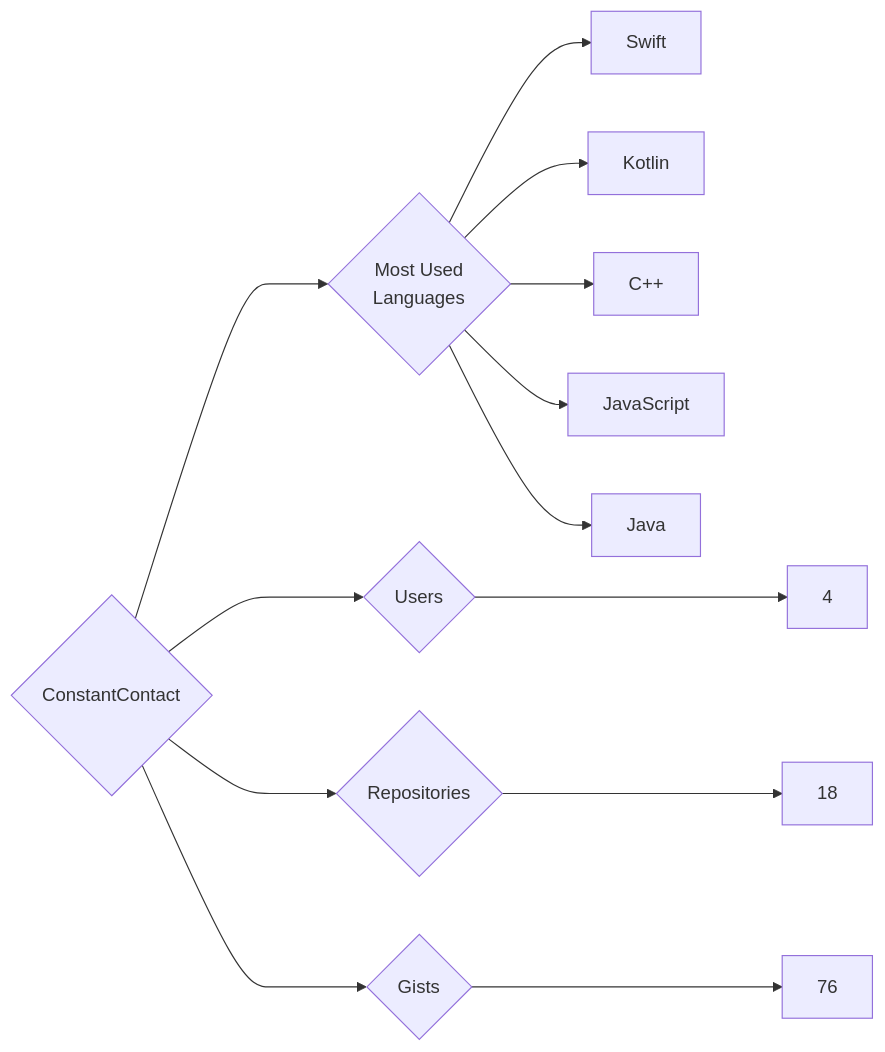
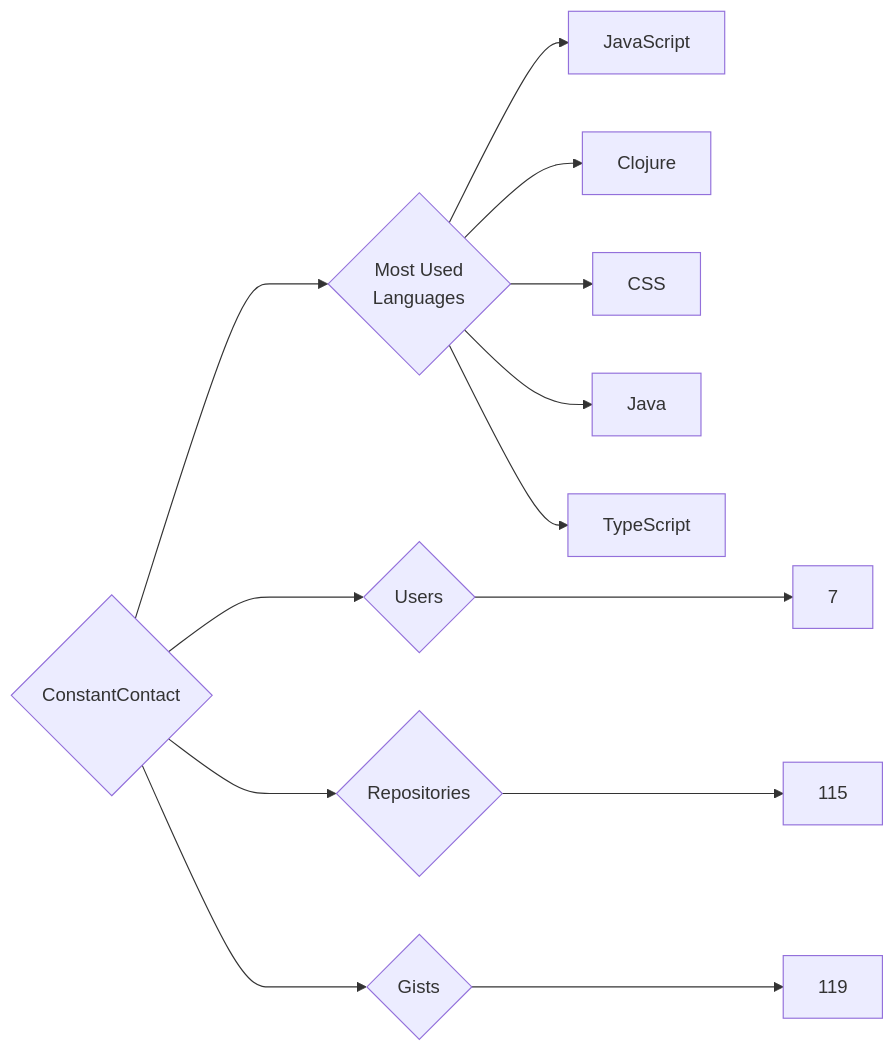
The diagram in targets/ConstantContact/README.md (trickest/insiders), drawn with Mermaid before and after one commit. The commit also changed 1314 other files, not shown here.

````diff
--- a/targets/ConstantContact/README.md
+++ b/targets/ConstantContact/README.md
@@ -3,13 +3,13 @@
 ```mermaid
 graph LR
 COMPANY_NAME{ConstantContact}
-COMPANY_NAME ---> U{Users} ---> UN[4]
-COMPANY_NAME ---> R{Repositories} ---> RN[18]
-COMPANY_NAME ---> G{Gists} ---> GN[76]
+COMPANY_NAME ---> U{Users} ---> UN[7]
+COMPANY_NAME ---> R{Repositories} ---> RN[115]
+COMPANY_NAME ---> G{Gists} ---> GN[119]
 COMPANY_NAME ---> ML{Most Used<br>Languages}
-ML --> Swift[Swift]
-ML --> Kotlin[Kotlin]
-ML --> C++[C++]
 ML --> JavaScript[JavaScript]
+ML --> Clojure[Clojure]
+ML --> CSS[CSS]
 ML --> Java[Java]
+ML --> TypeScript[TypeScript]
 ```
````
